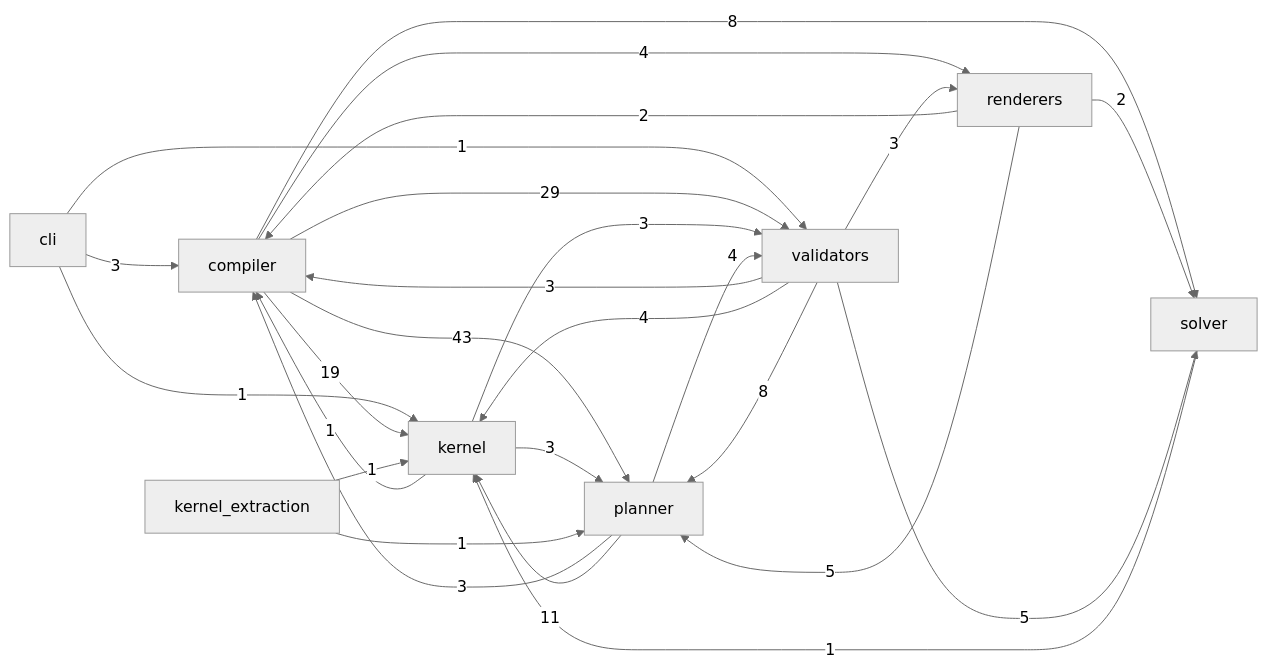
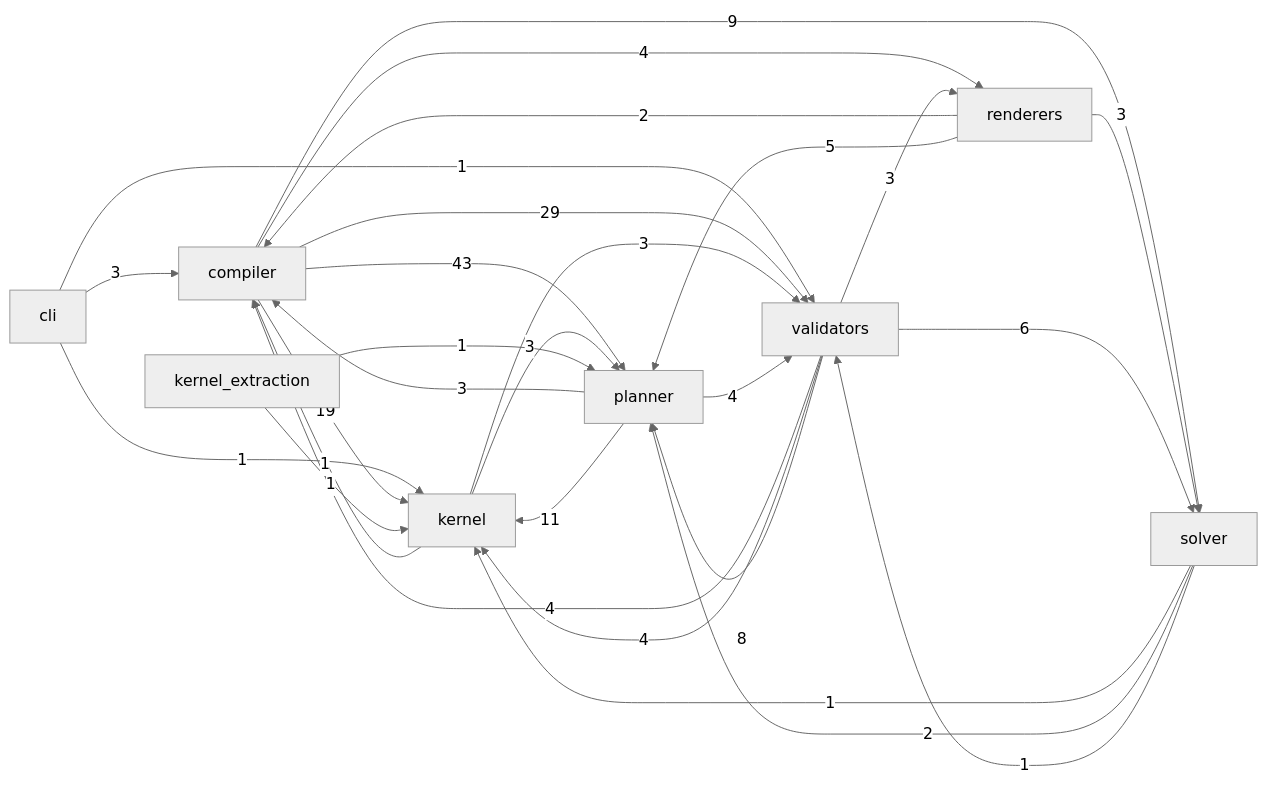
One commit to Kingsley-Cyber/cinematic-compiler-core changed the diagram in docs/reference/code.md. Above: the diagram before and after it, drawn with Mermaid (neutral theme). The commit also changed other lines of this file and 84 other files, not shown here.

````diff
--- a/docs/reference/code.md
+++ b/docs/reference/code.md
@@ -15,28 +15,30 @@
 ```mermaid
 flowchart LR
   cli -->|3| compiler
   cli -->|1| kernel
   cli -->|1| validators
   compiler -->|19| kernel
   compiler -->|43| planner
   compiler -->|4| renderers
-  compiler -->|8| solver
+  compiler -->|9| solver
   compiler -->|29| validators
   kernel -->|1| compiler
   kernel -->|3| planner
   kernel -->|3| validators
   kernel_extraction -->|1| kernel
   kernel_extraction -->|1| planner
   planner -->|3| compiler
   planner -->|11| kernel
   planner -->|4| validators
   renderers -->|2| compiler
   renderers -->|5| planner
-  renderers -->|2| solver
+  renderers -->|3| solver
   solver -->|1| kernel
-  validators -->|3| compiler
+  solver -->|2| planner
+  solver -->|1| validators
+  validators -->|4| compiler
   validators -->|4| kernel
   validators -->|8| planner
   validators -->|3| renderers
-  validators -->|5| solver
+  validators -->|6| solver
 ```
````
